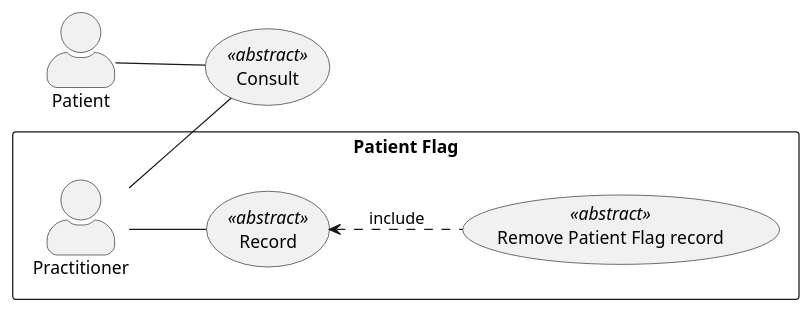
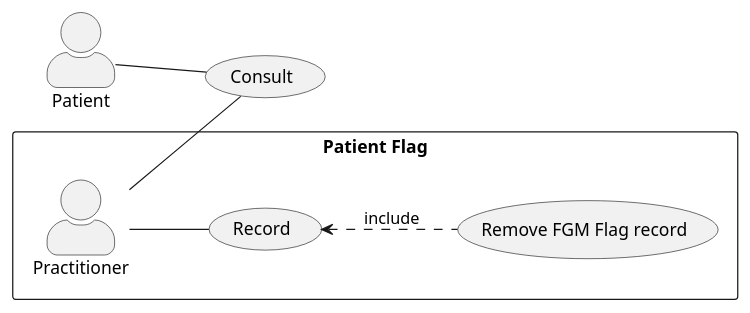
One commit to NHSDigital/ra-sandbox changed the diagram in input/images-source/remove-pf-record-usecase.plantuml. Above: the diagram before and after it, drawn with PlantUML. The commit also changed 9 other files, not shown here.

```diff
--- a/input/images-source/remove-pf-record-usecase.plantuml
+++ b/input/images-source/remove-pf-record-usecase.plantuml
@@ -1,22 +1,22 @@
 @startuml
 
 skinparam actorStyle awesome
 left to right direction
 
 rectangle "Patient Flag"{
 actor Practitioner as pra
-usecase "Record" as record <<abstract>>
-usecase "Remove Patient Flag record" as rem <<abstract>>
+usecase "Record" as record
+usecase "Remove FGM Flag record" as rem
 }
 
 
 actor Patient as pat
 
-usecase "Consult" as consult <<abstract>>
+usecase "Consult" as consult
 
 pat -- consult
 pra -- consult
 pra -- record
 record <.. rem : include
 
 @enduml
```
